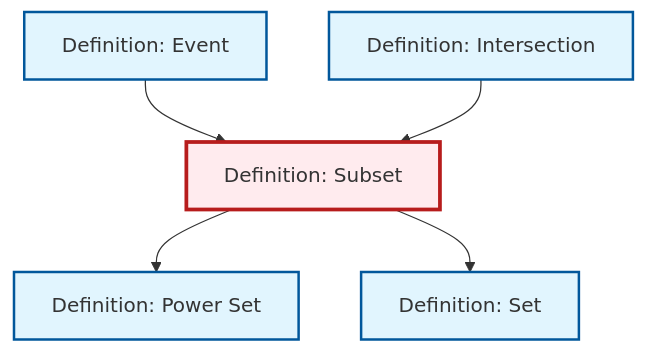
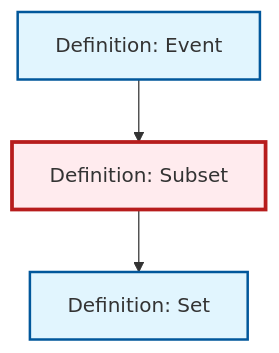
The diagram in content/en/logic-set-theory/def-subset.qmd (RK0429/ModernMath), drawn with Mermaid before and after one commit. The commit also changed 511 other files, not shown here.

````diff
--- a/content/en/logic-set-theory/def-subset.qmd
+++ b/content/en/logic-set-theory/def-subset.qmd
@@ -49,24 +49,15 @@
 ```{mermaid}
 %%| fig-cap: "Local dependency graph"
 graph TD
     classDef definition fill:#e1f5fe,stroke:#01579b,stroke-width:2px
     classDef theorem fill:#f3e5f5,stroke:#4a148c,stroke-width:2px
     classDef axiom fill:#fff3e0,stroke:#e65100,stroke-width:2px
     classDef example fill:#e8f5e9,stroke:#1b5e20,stroke-width:2px
     classDef current fill:#ffebee,stroke:#b71c1c,stroke-width:3px
-    def-power-set["Definition: Power Set"]:::definition
     def-event["Definition: Event"]:::definition
     def-set["Definition: Set"]:::definition
     def-subset["Definition: Subset"]:::definition
-    def-intersection["Definition: Intersection"]:::definition
-    def-subset --> def-power-set
+    def-subset --> def-set
     def-event --> def-subset
-    def-subset --> def-set
-    def-intersection --> def-subset
     class def-subset current
-
-    click def-power-set "def-power-set.html" "Go to Power Set definition"
-    click def-event "def-event.html" "Go to Event definition"
-    click def-set "def-set.html" "Go to Set definition"
-    click def-intersection "def-intersection.html" "Go to Intersection definition"
 ```
````
